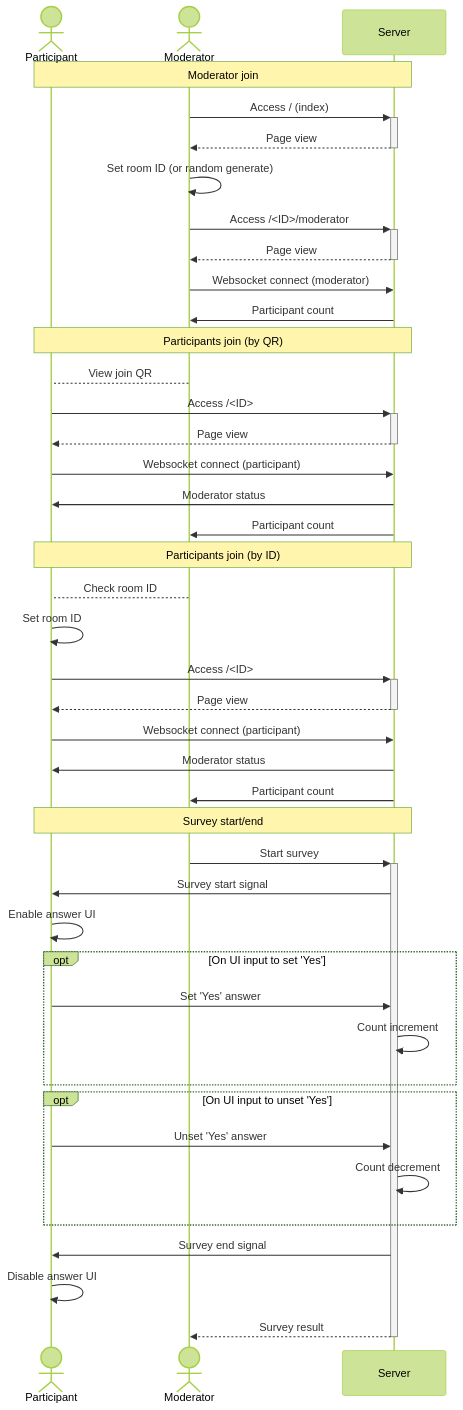
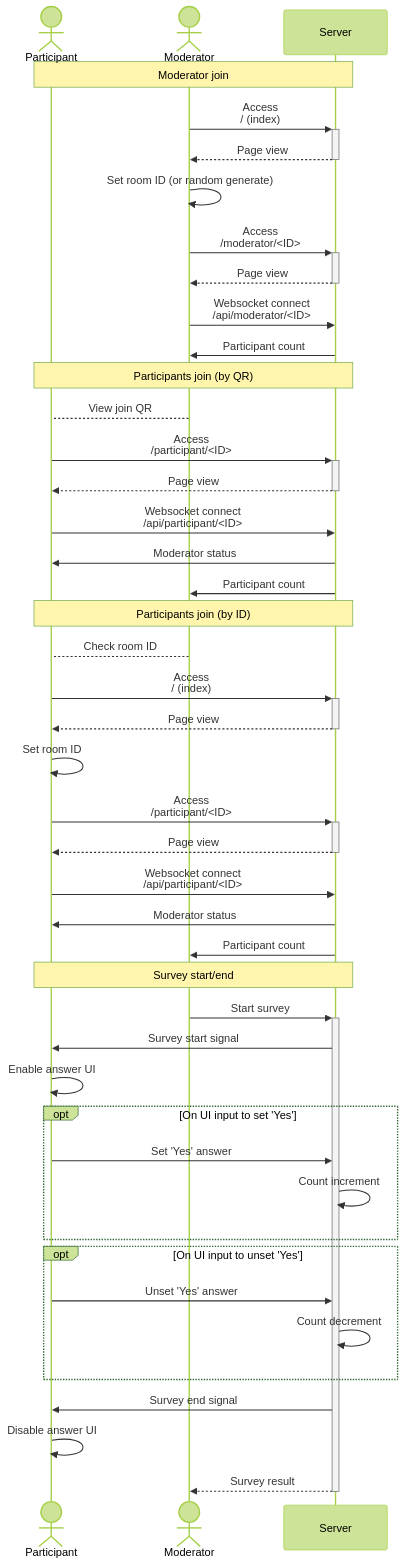
The diagram in designs/sequence-diagram.md (aKuad/iitomo-1of100), drawn with Mermaid (forest theme) before and after one commit.

Commit message:
Mod: Improved path structure wrote to `sequence-diagram.md`

````diff
--- a/designs/sequence-diagram.md
+++ b/designs/sequence-diagram.md
@@ -3,49 +3,51 @@
 ```mermaid
 sequenceDiagram
   actor P as Participant
   actor M as Moderator
   participant S as Server
 
   Note over P,S: Moderator join
-  M->>+S: Access / (index)
+  M->>+S: Access<br>/ (index)
   S-->>-M: Page view
 
   M->>M: Set room ID (or random generate)
-  M->>+S: Access /<ID>/moderator
+  M->>+S: Access<br>/moderator/<ID>
   S-->>-M: Page view
-  M->>S: Websocket connect (moderator)
+  M->>S: Websocket connect<br>/api/moderator/<ID>
   S->>M: Participant count
 
   Note over P,S: Participants join (by QR)
   M-->P: View join QR
-  P->>+S: Access /<ID>
+  P->>+S: Access<br>/participant/<ID>
   S-->>-P: Page view
-  P->>S: Websocket connect (participant)
+  P->>S: Websocket connect<br>/api/participant/<ID>
   S->>P: Moderator status
   S->>M: Participant count
 
   Note over P,S: Participants join (by ID)
   M-->P: Check room ID
+  P->>+S: Access<br>/ (index)
+  S-->>-P: Page view
   P->>P: Set room ID
-  P->>+S: Access /<ID>
+  P->>+S: Access<br>/participant/<ID>
   S-->>-P: Page view
-  P->>S: Websocket connect (participant)
+  P->>S: Websocket connect<br>/api/participant/<ID>
   S->>P: Moderator status
   S->>M: Participant count
 
   Note over P,S: Survey start/end
   M->>+S: Start survey
   S->>P: Survey start signal
   P->>P: Enable answer UI
   opt On UI input to set 'Yes'
     P->>S: Set 'Yes' answer
     S->>S: Count increment
   end
   opt On UI input to unset 'Yes'
     P->>S: Unset 'Yes' answer
     S->>S: Count decrement
   end
   S->>P: Survey end signal
   P->>P: Disable answer UI
   S-->>-M: Survey result
 ```
````
